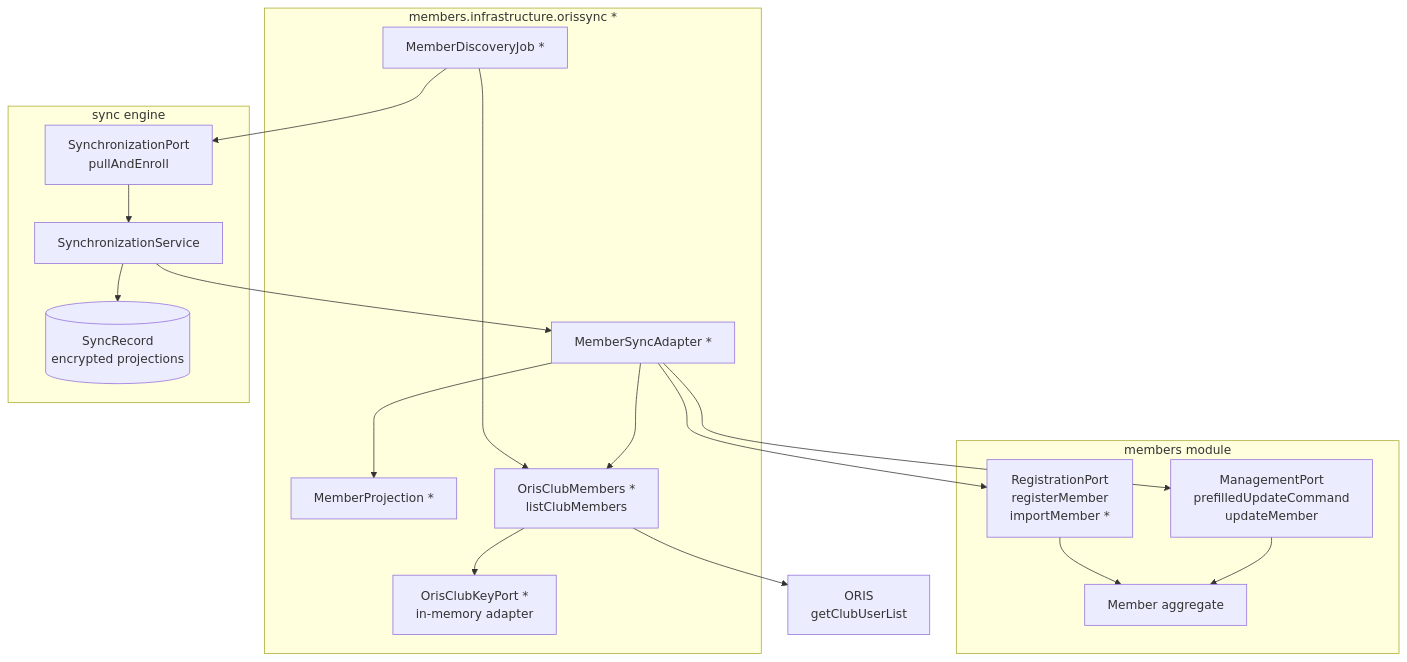
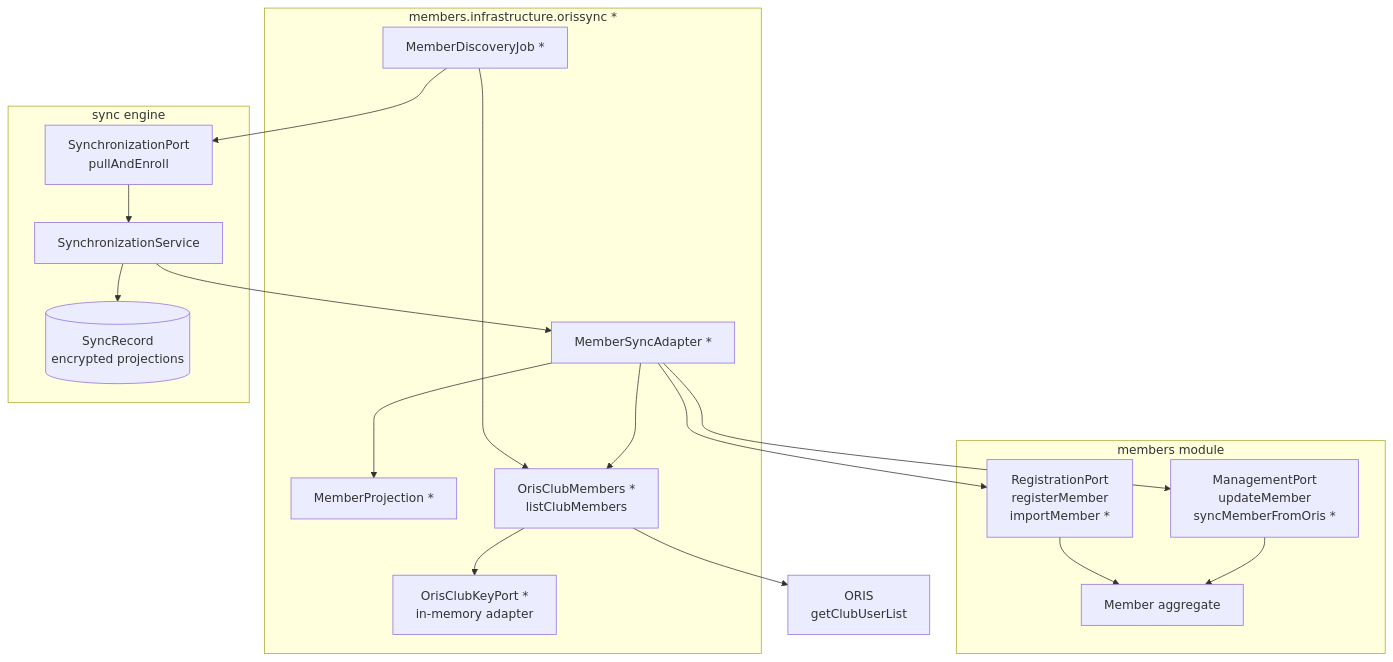
One commit to zabiny/klabis changed the first of 3 diagrams in openspec/changes/import-oris-members/design.md. Above: the diagram before and after it, drawn with Mermaid. The commit also changed other lines of this file and 2 other files, not shown here.

First line of the commit message:
feat(members): enhance ORIS sync with manual import trigger and improved domain commands

````diff
--- a/openspec/changes/import-oris-members/design.md
+++ b/openspec/changes/import-oris-members/design.md
@@ -17,37 +19,37 @@
 ```mermaid
 flowchart TB
     subgraph members["members module"]
         RP["RegistrationPort<br/>registerMember<br/>importMember *"]
-        MP["ManagementPort<br/>prefilledUpdateCommand<br/>updateMember"]
+        MP["ManagementPort<br/>updateMember<br/>syncMemberFromOris *"]
         MEM["Member aggregate"]
         RP --> MEM
         MP --> MEM
     end
 
     subgraph orissync["members.infrastructure.orissync *"]
         ADP["MemberSyncAdapter *"]
         JOB["MemberDiscoveryJob *"]
         PROJ["MemberProjection *"]
         KEY["OrisClubKeyPort *<br/>in-memory adapter"]
         FACADE["OrisClubMembers *<br/>listClubMembers"]
         FACADE --> KEY
         JOB --> FACADE
         ADP --> FACADE
         ADP --> PROJ
     end
 
     subgraph sync["sync engine"]
         ENGINE["SynchronizationService"]
         PORT["SynchronizationPort<br/>pullAndEnroll"]
         REC[("SyncRecord<br/>encrypted projections")]
         PORT --> ENGINE
         ENGINE --> REC
     end
 
     ORIS["ORIS<br/>getClubUserList"]
     FACADE --> ORIS
     JOB --> PORT
     ENGINE --> ADP
     ADP --> RP
     ADP --> MP
 ```
````
